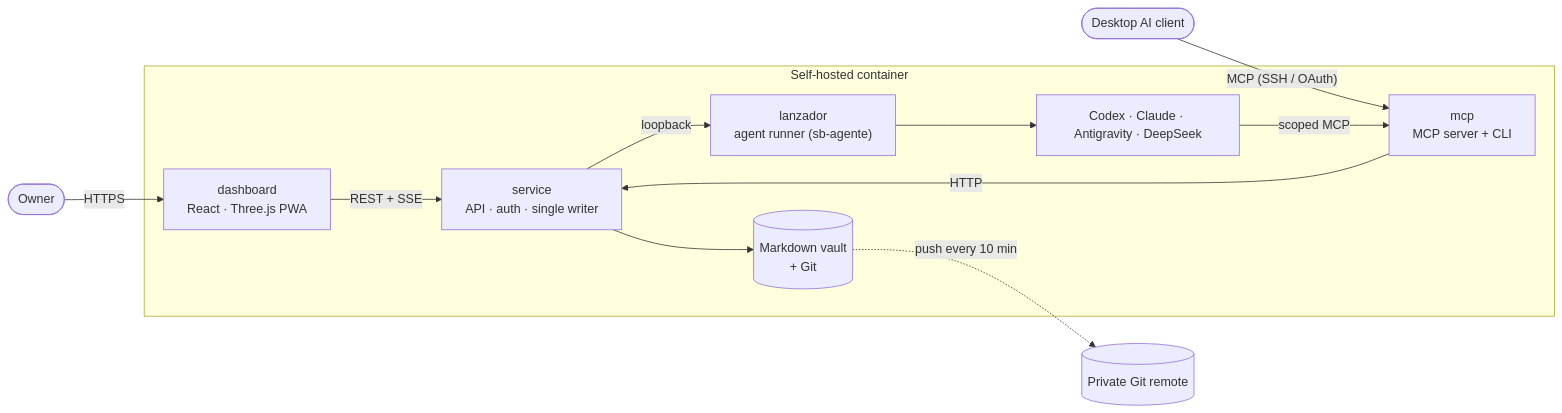
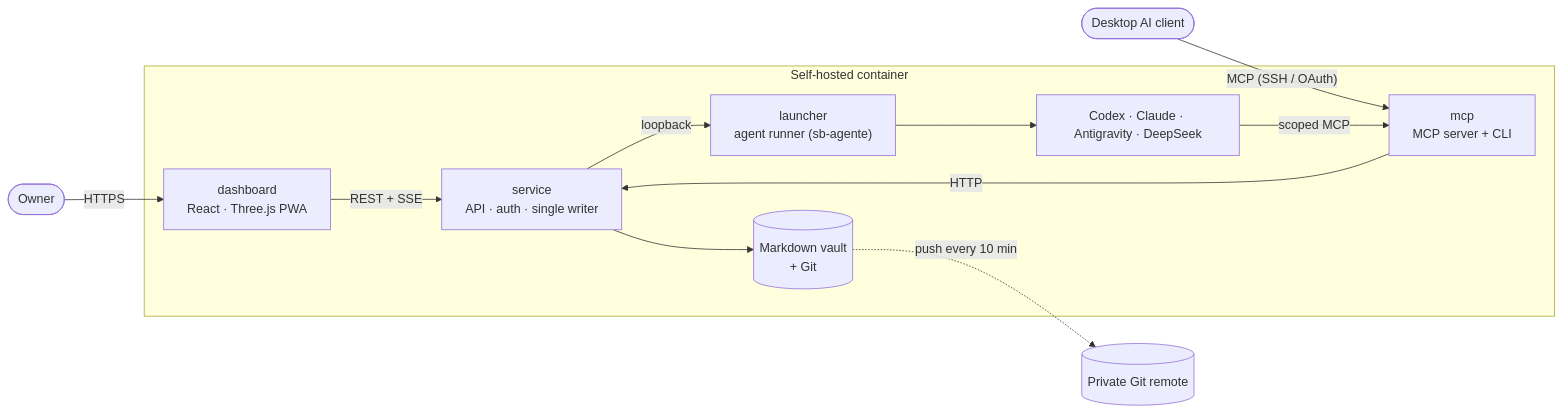
Before and after one commit to paul-jar4millo/SecondBrain: the diagram in README.md, drawn with Mermaid. The commit also changed other lines of this file and 46 other files, not shown here.

````diff
--- a/README.md
+++ b/README.md
@@ -46,14 +46,14 @@
 ```mermaid
 flowchart LR
   owner(["Owner"]) -- HTTPS --> dashboard
   aiclient(["Desktop AI client"]) -- "MCP (SSH / OAuth)" --> mcp
   subgraph host["Self-hosted container"]
     dashboard["dashboard<br/>React · Three.js PWA"] -- "REST + SSE" --> service
     mcp["mcp<br/>MCP server + CLI"] -- HTTP --> service
     service["service<br/>API · auth · single writer"] --> vault[("Markdown vault<br/>+ Git")]
-    service -- loopback --> lanzador["lanzador<br/>agent runner (sb-agente)"]
-    lanzador --> clis["Codex · Claude · Antigravity · DeepSeek"]
+    service -- loopback --> launcher["launcher<br/>agent runner (sb-agente)"]
+    launcher --> clis["Codex · Claude · Antigravity · DeepSeek"]
     clis -- "scoped MCP" --> mcp
   end
   vault -. "push every 10 min" .-> remote[("Private Git remote")]
 ```
````
